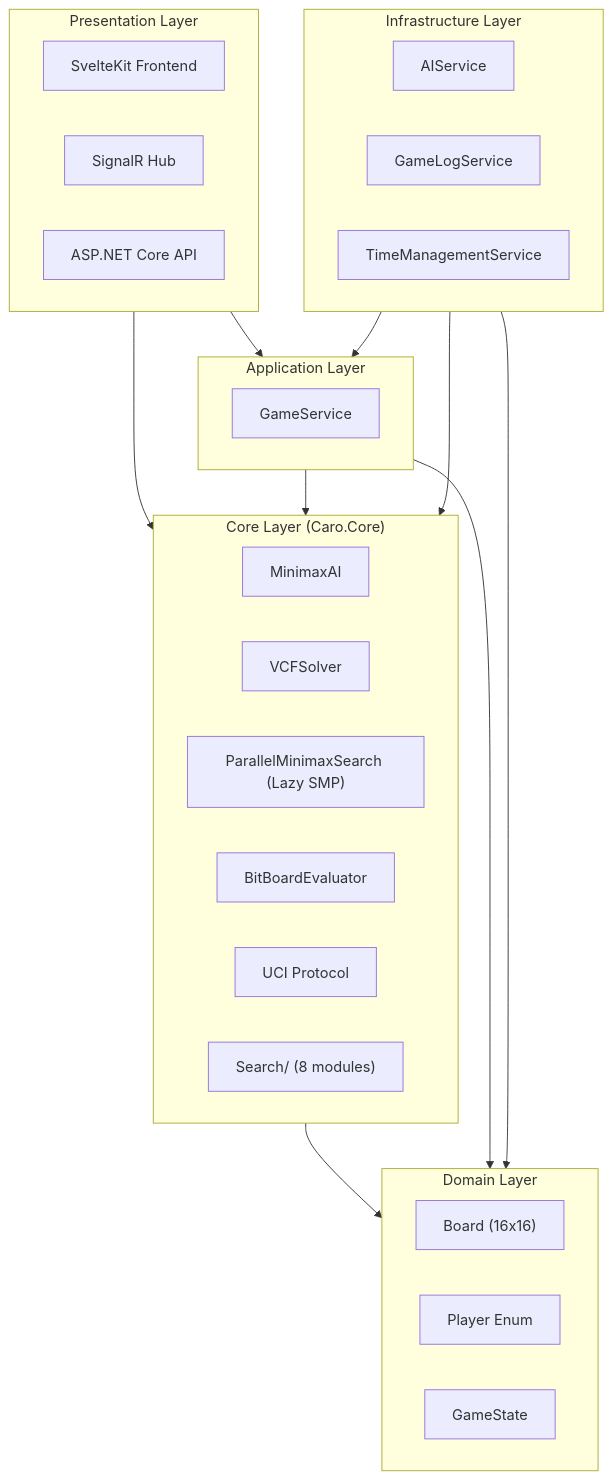
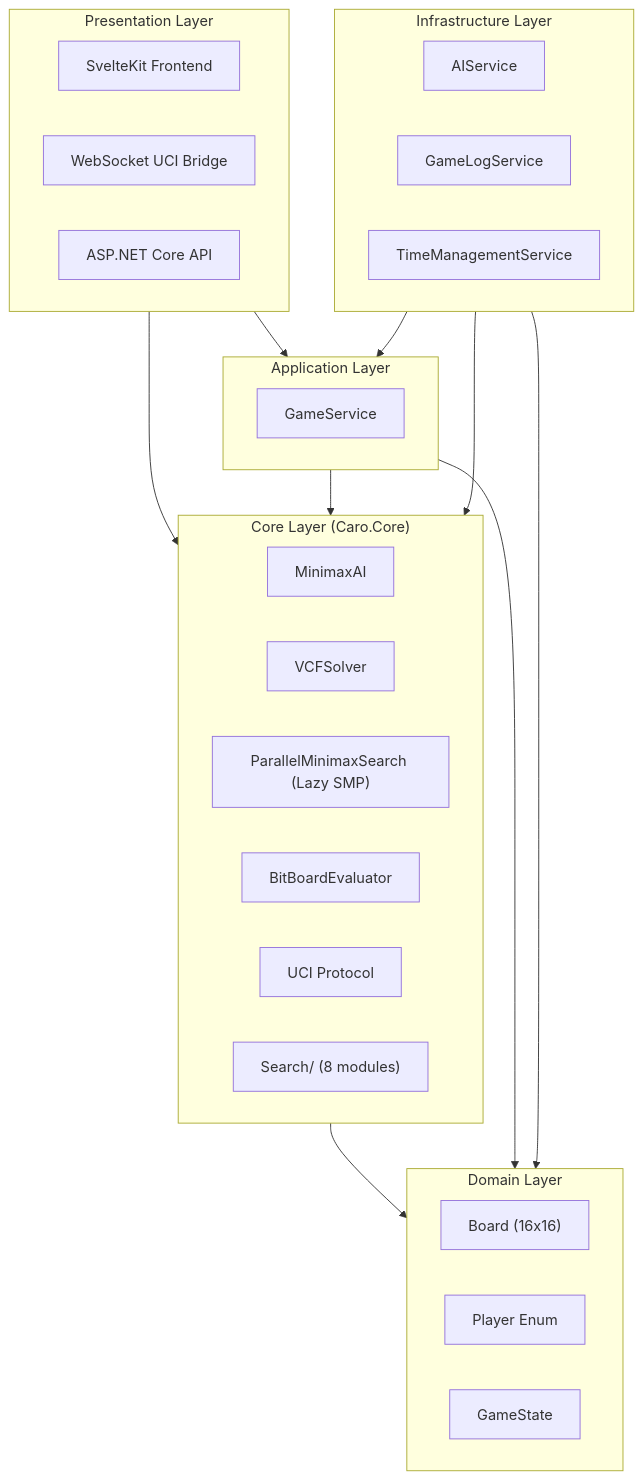
One commit to lavantien/caro-ai-pvp changed the diagram in README.md. Above: the diagram before and after it, drawn with Mermaid. The commit also changed other lines of this file and 2 other files, not shown here.

First line of the commit message:
fix: remove SignalR dependency and update documentation

````diff
--- a/README.md
+++ b/README.md
@@ -182,42 +182,42 @@
 ```mermaid
 graph TB
     subgraph Presentation["Presentation Layer"]
         SvelteKit["SvelteKit Frontend"]
-        SignalR["SignalR Hub"]
+        WSUCI["WebSocket UCI Bridge"]
         API["ASP.NET Core API"]
     end
 
     subgraph Application["Application Layer"]
         GameService["GameService"]
     end
 
     subgraph Core["Core Layer (Caro.Core)"]
         MinimaxAI["MinimaxAI"]
         VCFSolver["VCFSolver"]
         ParallelSearch["ParallelMinimaxSearch (Lazy SMP)"]
         Evaluator["BitBoardEvaluator"]
         UCIProtocol["UCI Protocol"]
         SearchModule["Search/ (8 modules)"]
     end
 
     subgraph Domain["Domain Layer"]
         Board["Board (16x16)"]
         Player["Player Enum"]
         GameState["GameState"]
     end
 
     subgraph Infrastructure["Infrastructure Layer"]
         AIService["AIService"]
         GameLogService["GameLogService"]
         TimeManagementService["TimeManagementService"]
     end
 
     Presentation --> Application
     Presentation --> Core
     Core --> Domain
     Application --> Core
     Application --> Domain
     Infrastructure --> Core
     Infrastructure --> Application
     Infrastructure --> Domain
 ```
````
